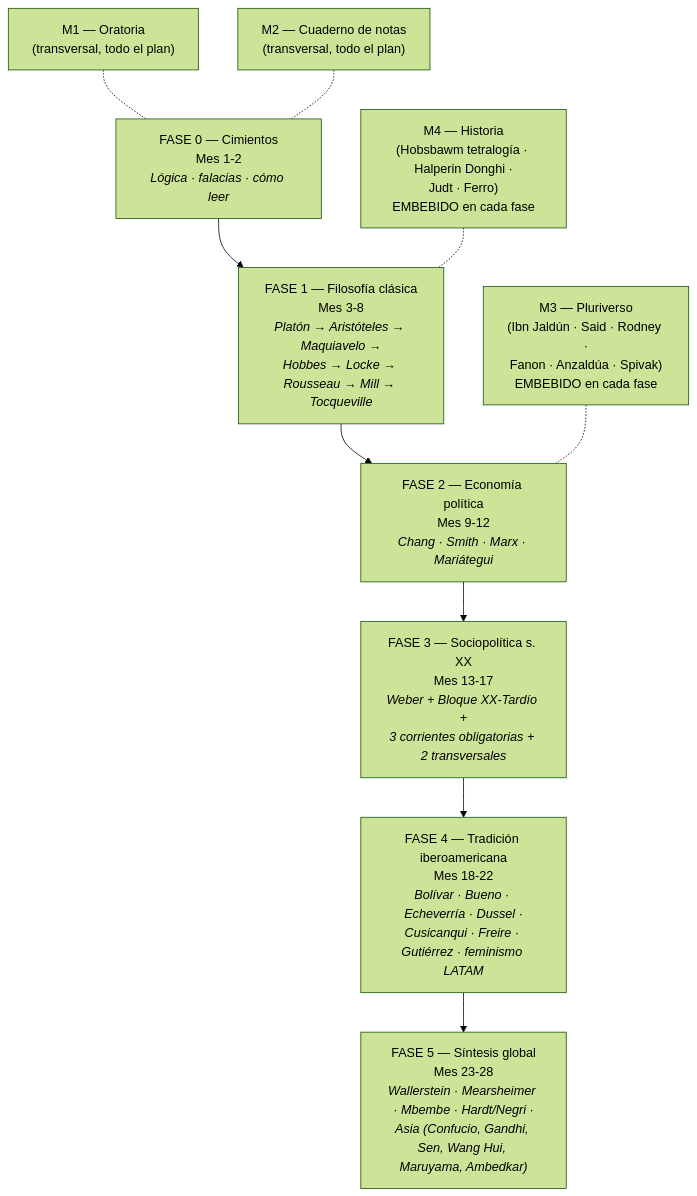
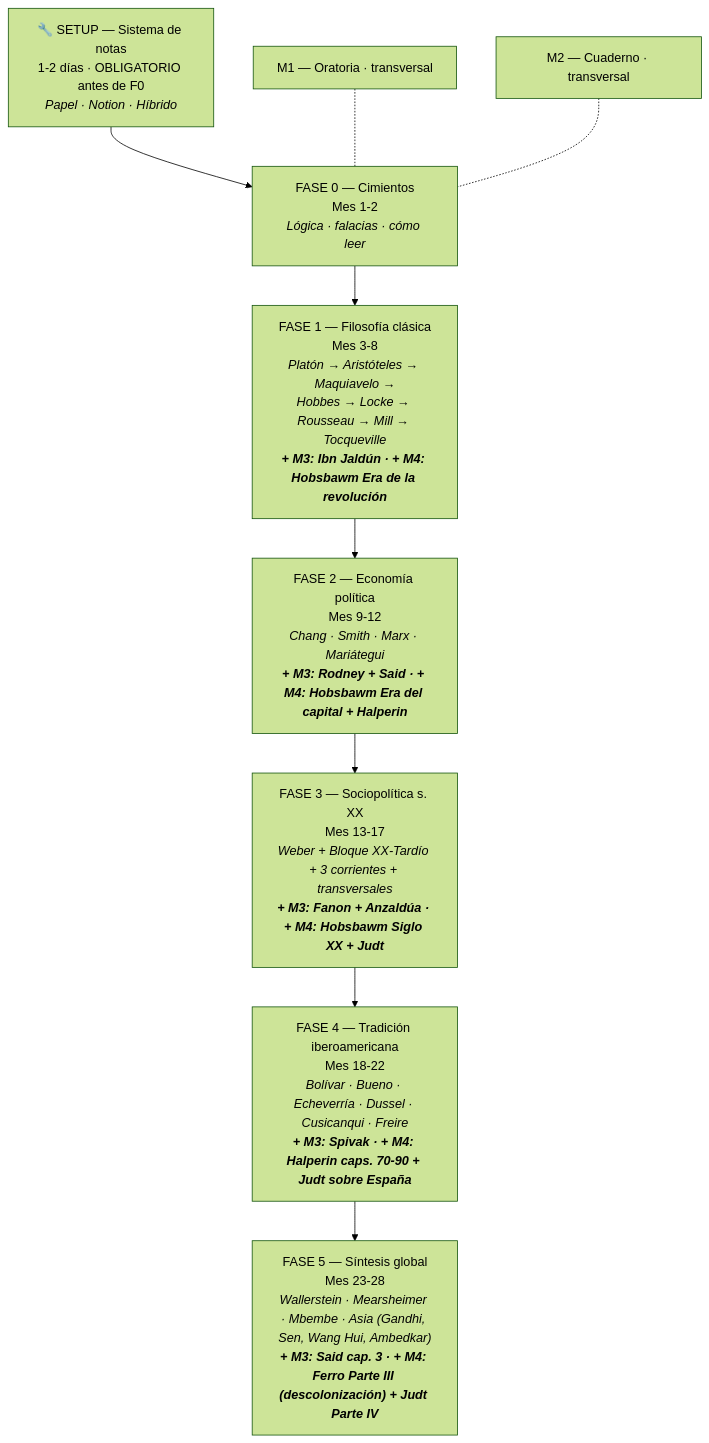
Before and after one commit to MrSpagVi/Curso: the diagram in docs/empieza-aqui.md, drawn with Mermaid (forest theme). The commit also changed other lines of this file and 6 other files, not shown here.

Commit message:
Orden claro: Setup notas ANTES de F0 · M3+M4 visibles al inicio de cada fase con caja · Empieza Aquí + diagrama actualizado · regla permanente empieza-aqui en memoria

````diff
--- a/docs/empieza-aqui.md
+++ b/docs/empieza-aqui.md
@@ -39,20 +76,17 @@
 ```mermaid
 flowchart TB
+    SETUP["🔧 SETUP — Sistema de notas<br/>1-2 días · OBLIGATORIO antes de F0<br/><i>Papel · Notion · Híbrido</i>"]
     F0["FASE 0 — Cimientos<br/>Mes 1-2<br/><i>Lógica · falacias · cómo leer</i>"]
-    F1["FASE 1 — Filosofía clásica<br/>Mes 3-8<br/><i>Platón → Aristóteles → Maquiavelo →<br/>Hobbes → Locke → Rousseau → Mill → Tocqueville</i>"]
-    F2["FASE 2 — Economía política<br/>Mes 9-12<br/><i>Chang · Smith · Marx · Mariátegui</i>"]
-    F3["FASE 3 — Sociopolítica s. XX<br/>Mes 13-17<br/><i>Weber + Bloque XX-Tardío +<br/>3 corrientes obligatorias + 2 transversales</i>"]
-    F4["FASE 4 — Tradición iberoamericana<br/>Mes 18-22<br/><i>Bolívar · Bueno · Echeverría · Dussel ·<br/>Cusicanqui · Freire · Gutiérrez · feminismo LATAM</i>"]
-    F5["FASE 5 — Síntesis global<br/>Mes 23-28<br/><i>Wallerstein · Mearsheimer · Mbembe · Hardt/Negri ·<br/>Asia (Confucio, Gandhi, Sen, Wang Hui, Maruyama, Ambedkar)</i>"]
+    F1["FASE 1 — Filosofía clásica<br/>Mes 3-8<br/><i>Platón → Aristóteles → Maquiavelo →<br/>Hobbes → Locke → Rousseau → Mill → Tocqueville<br/><b>+ M3: Ibn Jaldún · + M4: Hobsbawm Era de la revolución</b></i>"]
+    F2["FASE 2 — Economía política<br/>Mes 9-12<br/><i>Chang · Smith · Marx · Mariátegui<br/><b>+ M3: Rodney + Said · + M4: Hobsbawm Era del capital + Halperin</b></i>"]
+    F3["FASE 3 — Sociopolítica s. XX<br/>Mes 13-17<br/><i>Weber + Bloque XX-Tardío + 3 corrientes + transversales<br/><b>+ M3: Fanon + Anzaldúa · + M4: Hobsbawm Siglo XX + Judt</b></i>"]
+    F4["FASE 4 — Tradición iberoamericana<br/>Mes 18-22<br/><i>Bolívar · Bueno · Echeverría · Dussel · Cusicanqui · Freire<br/><b>+ M3: Spivak · + M4: Halperin caps. 70-90 + Judt sobre España</b></i>"]
+    F5["FASE 5 — Síntesis global<br/>Mes 23-28<br/><i>Wallerstein · Mearsheimer · Mbembe · Asia (Gandhi, Sen, Wang Hui, Ambedkar)<br/><b>+ M3: Said cap. 3 · + M4: Ferro Parte III (descolonización) + Judt Parte IV</b></i>"]
 
-    M1["M1 — Oratoria<br/>(transversal, todo el plan)"]
-    M2["M2 — Cuaderno de notas<br/>(transversal, todo el plan)"]
-    M3["M3 — Pluriverso<br/>(Ibn Jaldún · Said · Rodney ·<br/>Fanon · Anzaldúa · Spivak)<br/>EMBEBIDO en cada fase"]
-    M4["M4 — Historia<br/>(Hobsbawm tetralogía · Halperin Donghi ·<br/>Judt · Ferro)<br/>EMBEBIDO en cada fase"]
+    M1["M1 — Oratoria · transversal"]
+    M2["M2 — Cuaderno · transversal"]
 
-    F0 --> F1 --> F2 --> F3 --> F4 --> F5
+    SETUP --> F0 --> F1 --> F2 --> F3 --> F4 --> F5
     M1 -.- F0
     M2 -.- F0
-    M3 -.- F2
-    M4 -.- F1
 ```
````
